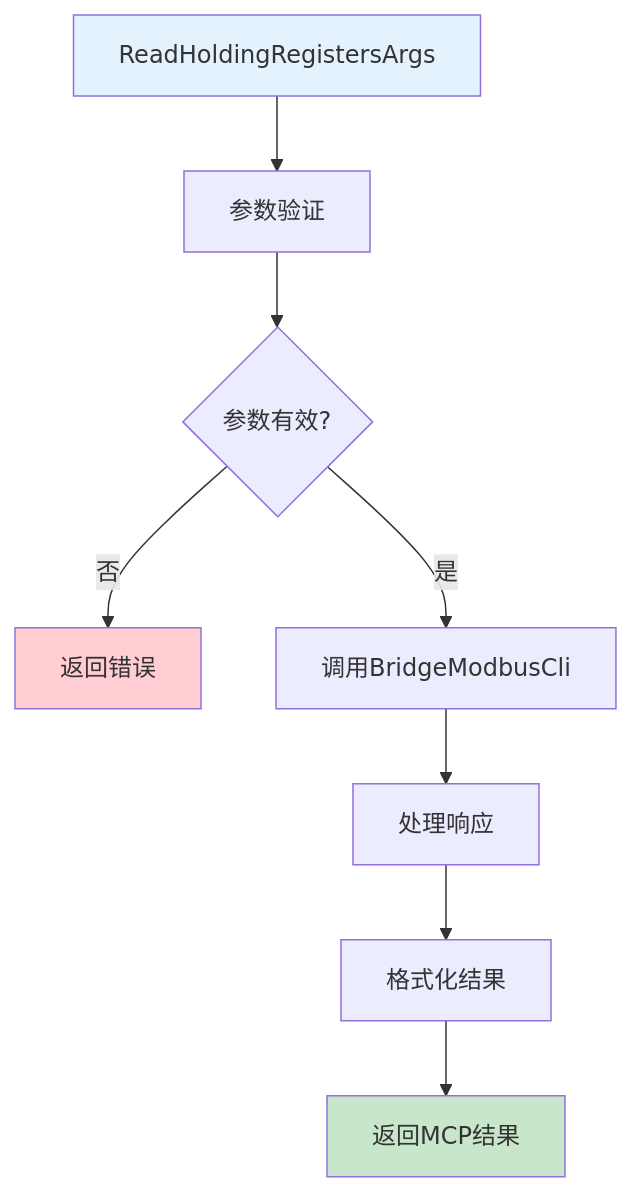
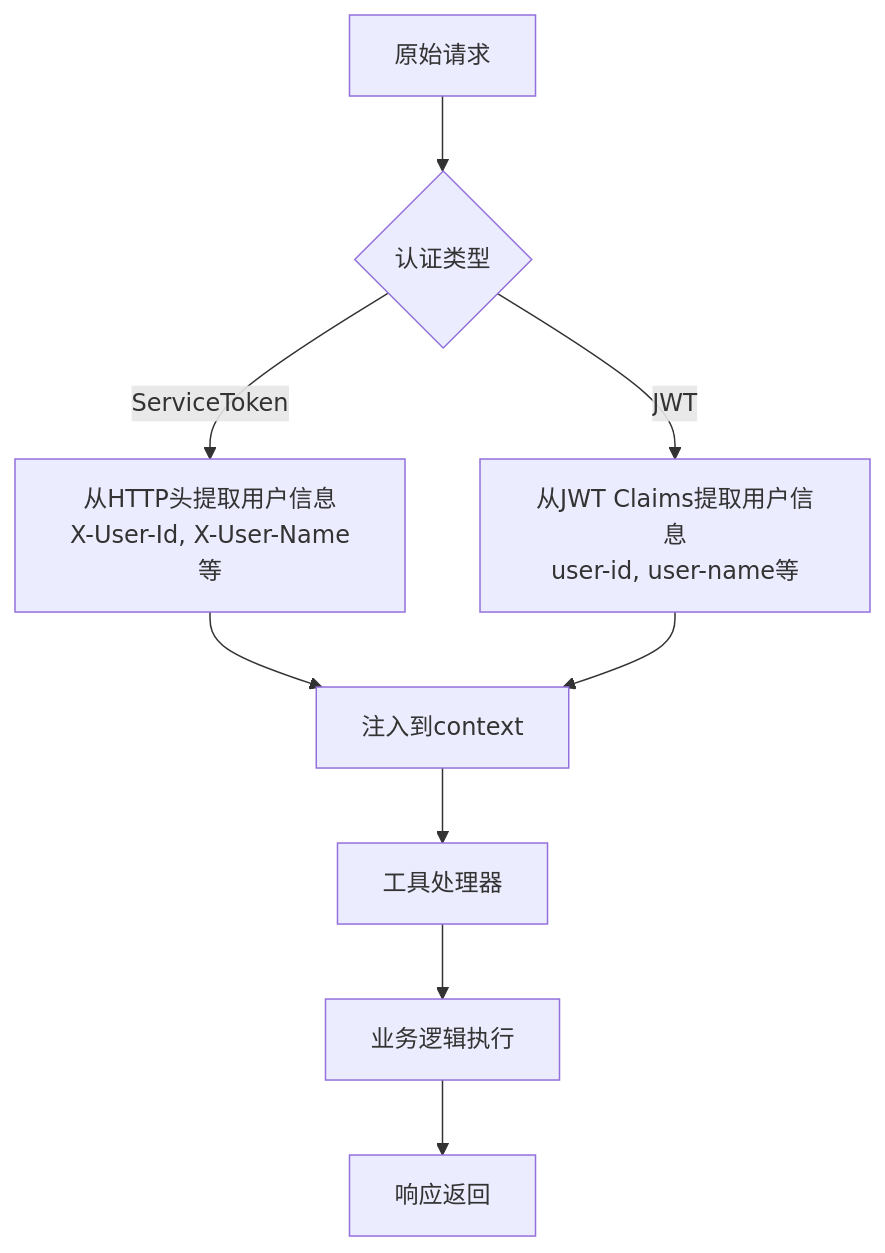
Before and after one commit to maomao94/zero-service: the seventh of 13 diagrams in .qoder/repowiki/zh/content/核心服务详解/Mcpx客户端包.md, drawn with Mermaid. The commit also changed other lines of this file and 19 other files, not shown here.

First line of the commit message:
refactor(mcpx): 完善双模式认证，区分 service/user 上下文提取

````diff
--- a/.qoder/repowiki/zh/content/核心服务详解/Mcpx客户端包.md
+++ b/.qoder/repowiki/zh/content/核心服务详解/Mcpx客户端包.md
@@ -339,13 +347,11 @@
 ```mermaid
 flowchart TD
-A[ReadHoldingRegistersArgs] --> B[参数验证]
-B --> C{参数有效?}
-C --> |否| D[返回错误]
-C --> |是| E[调用BridgeModbusCli]
-E --> F[处理响应]
-F --> G[格式化结果]
-G --> H[返回MCP结果]
-style A fill:#e3f2fd
-style D fill:#ffcdd2
-style H fill:#c8e6c9
+A[原始请求] --> B{认证类型}
+B --> |ServiceToken| C[从HTTP头提取用户信息<br/>X-User-Id, X-User-Name等]
+B --> |JWT| D[从JWT Claims提取用户信息<br/>user-id, user-name等]
+C --> E[注入到context]
+D --> E
+E --> F[工具处理器]
+F --> G[业务逻辑执行]
+G --> H[响应返回]
 ```
````
